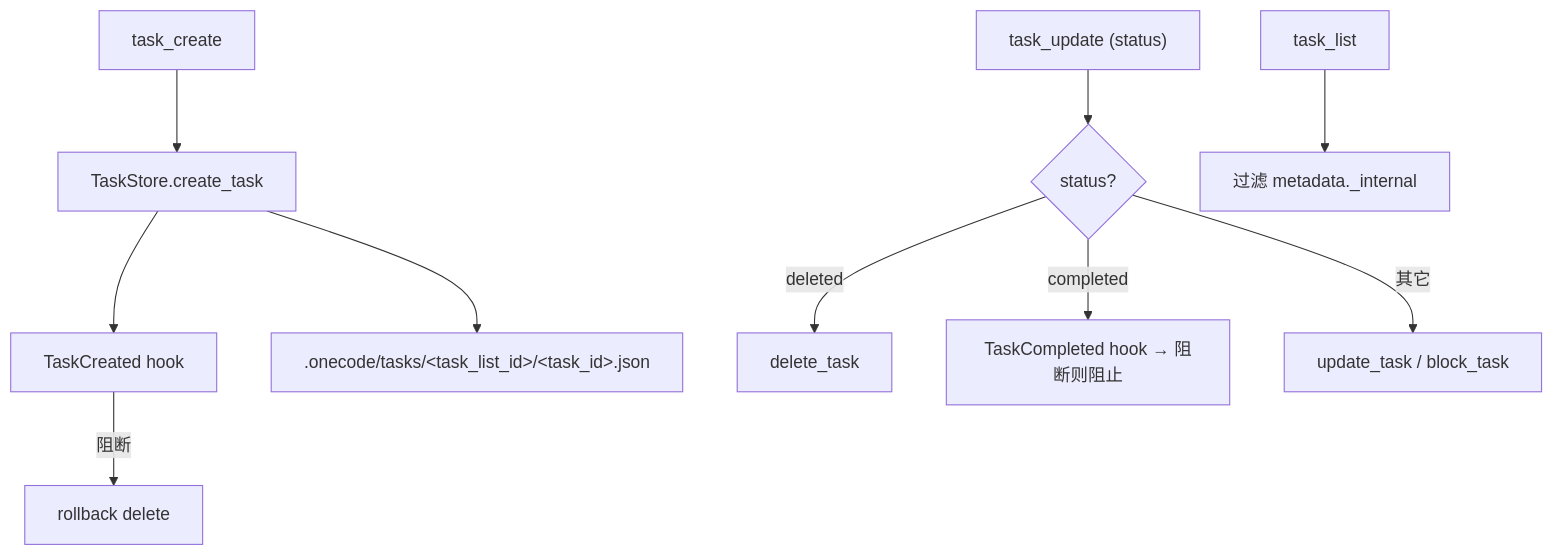
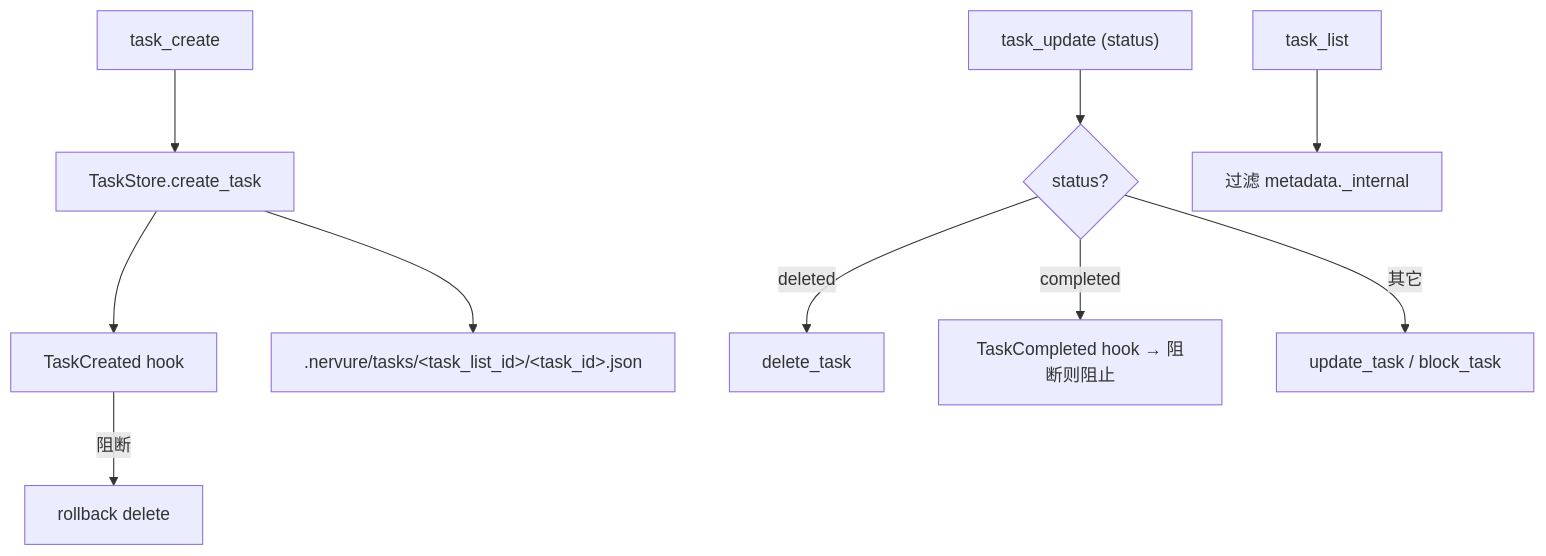
One commit to user0452/Nervure changed the diagram in docs/design-docs/task-architecture.md. Above: the diagram before and after it, drawn with Mermaid. The commit also changed other lines of this file and 819 other files, not shown here.

````diff
--- a/docs/design-docs/task-architecture.md
+++ b/docs/design-docs/task-architecture.md
@@ -41,12 +41,12 @@
 ```mermaid
 flowchart TD
   Create["task_create"] --> Store["TaskStore.create_task"]
   Store --> Hook1["TaskCreated hook"]
   Hook1 -->|阻断| Rollback["rollback delete"]
   Update["task_update (status)"] --> Branch{"status?"}
   Branch -->|deleted| Del["delete_task"]
   Branch -->|completed| Hook2["TaskCompleted hook → 阻断则阻止"]
   Branch -->|其它| Up["update_task / block_task"]
   List["task_list"] --> Filter["过滤 metadata._internal"]
-  Store --> File[".onecode/tasks/&lt;task_list_id&gt;/&lt;task_id&gt;.json"]
+  Store --> File[".nervure/tasks/&lt;task_list_id&gt;/&lt;task_id&gt;.json"]
 ```
````
